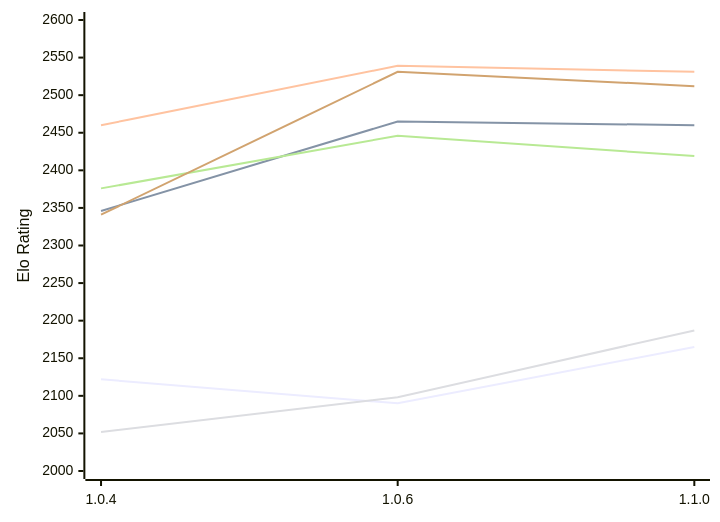
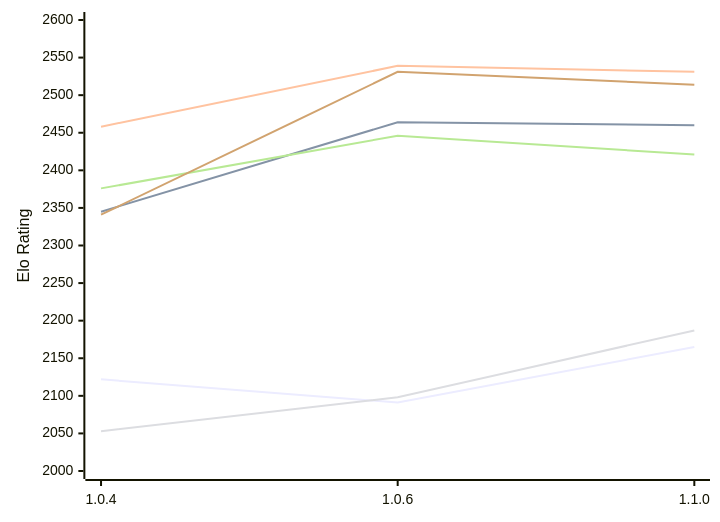
One commit to computer-chess-index/cci changed the diagram in engines/Ankax.md. Above: the diagram before and after it, drawn with Mermaid. The commit also changed other lines of this file, not shown here.

Commit message:
Update CCI Ratings (ELO VLTC) - 2026-11-27

````diff
--- a/engines/Ankax.md
+++ b/engines/Ankax.md
@@ -51,12 +51,12 @@
 ```mermaid
 %%{init: {"theme":"base","themeVariables":{"seriesColors:['#a3a3a3','#222221','#faa371']}}}%%
 xychart-beta
   x-axis ["1.0.4", "1.0.6", "1.1.0"]
   y-axis "Elo Rating" 2000 --> 2600
-  line "E1: STC (8.0+0.08s)" [2122, 2090, 2165]
-  line "E1: LTC (60.0+0.60s)" [2346, 2465, 2460]
-  line "E1: VLTC (2m24s+1.12s)" [2460, 2539, 2531]
-  line "P1: STC (8.0+0.08s)" [2052, 2098, 2187]
-  line "P1: LTC (60.0+0.60s)" [2376, 2446, 2419]
-  line "P1: VLTC (2m24s+1.12s)" [2341, 2531, 2512]
+  line "E1: STC (8.0+0.08s)" [2122, 2091, 2165]
+  line "E1: LTC (60.0+0.60s)" [2345, 2464, 2460]
+  line "E1: VLTC (2m24s+1.12s)" [2458, 2539, 2531]
+  line "P1: STC (8.0+0.08s)" [2053, 2098, 2187]
+  line "P1: LTC (60.0+0.60s)" [2376, 2446, 2421]
+  line "P1: VLTC (2m24s+1.12s)" [2341, 2531, 2514]
 ```
````
